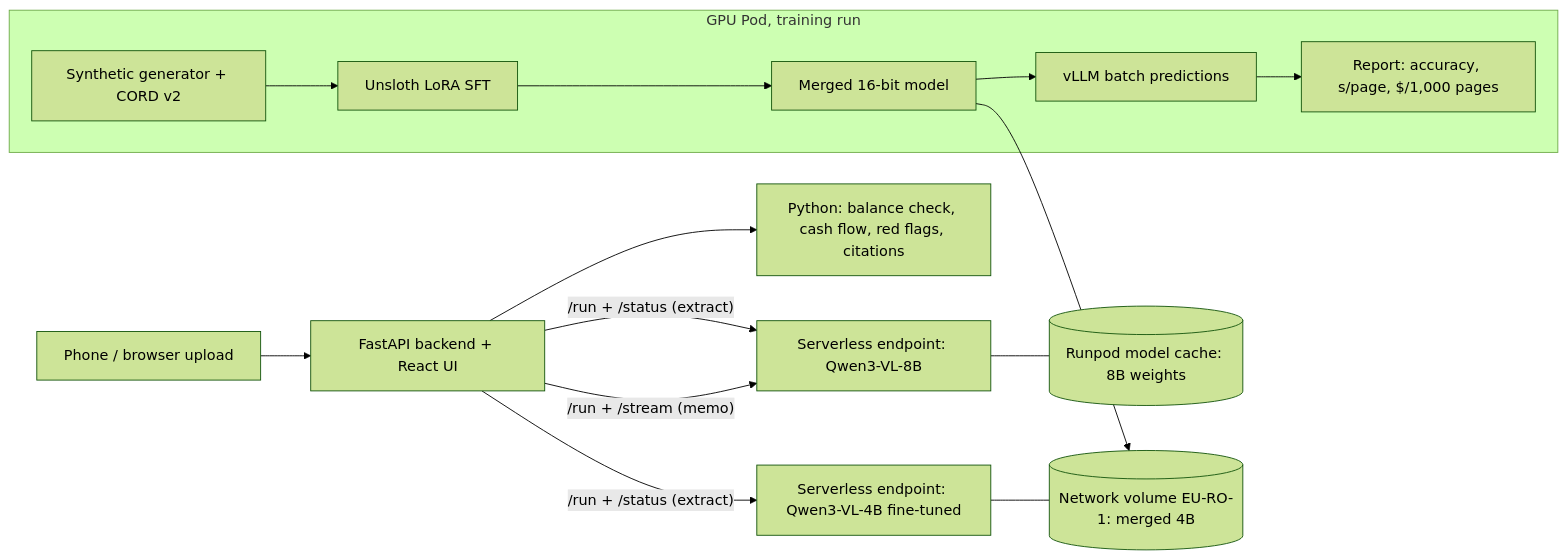
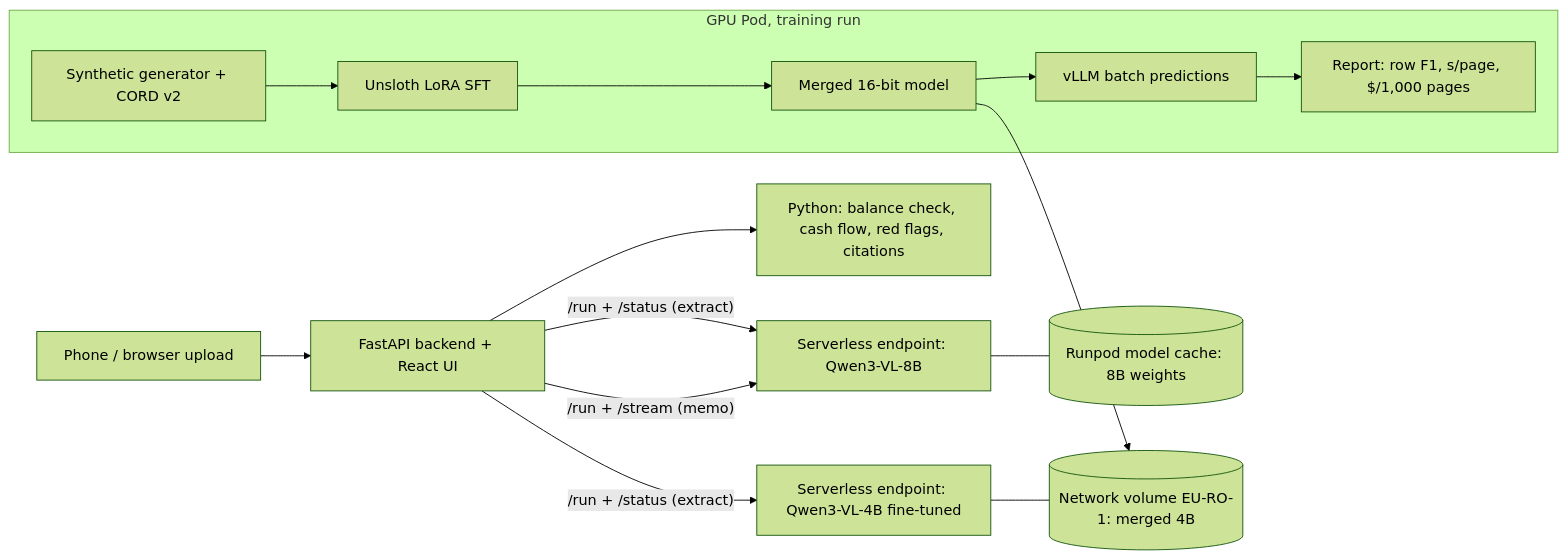
The diagram in README.md (randyharrogates/runpod-ledgerlens), drawn with Mermaid (forest theme) before and after one commit. The commit also changed other lines of this file and 6 other files, not shown here.

First line of the commit message:
Show row precision and recall next to row F1; say row F1, not accuracy

````diff
--- a/README.md
+++ b/README.md
@@ -28,15 +28,15 @@
 ```mermaid
 flowchart LR
   phone[Phone / browser upload] --> app[FastAPI backend + React UI]
   app -- "/run + /status (extract)" --> ep8[Serverless endpoint: Qwen3-VL-8B]
   app -- "/run + /status (extract)" --> epft[Serverless endpoint: Qwen3-VL-4B fine-tuned]
   app -- "/run + /stream (memo)" --> ep8
   ep8 --- cache[(Runpod model cache: 8B weights)]
   epft --- vol[(Network volume EU-RO-1: merged 4B)]
   app --> rules[Python: balance check, cash flow, red flags, citations]
   subgraph Pod[GPU Pod, training run]
     gen[Synthetic generator + CORD v2] --> sft[Unsloth LoRA SFT] --> merged[Merged 16-bit model]
-    merged --> pred[vLLM batch predictions] --> report[Report: accuracy, s/page, $/1,000 pages]
+    merged --> pred[vLLM batch predictions] --> report[Report: row F1, s/page, $/1,000 pages]
   end
   merged --> vol
 ```
````
